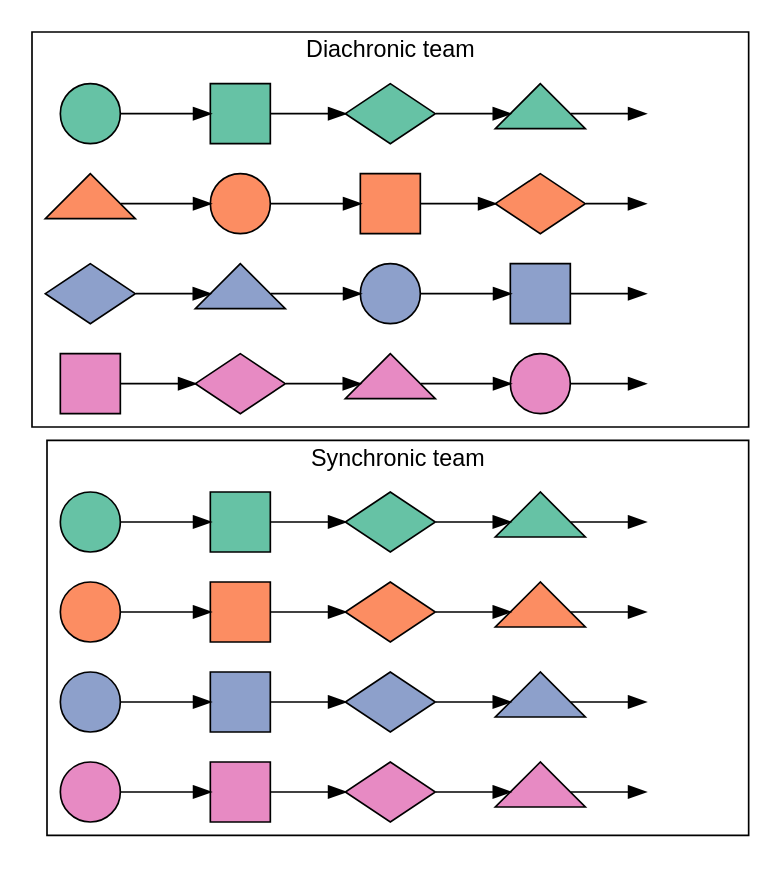
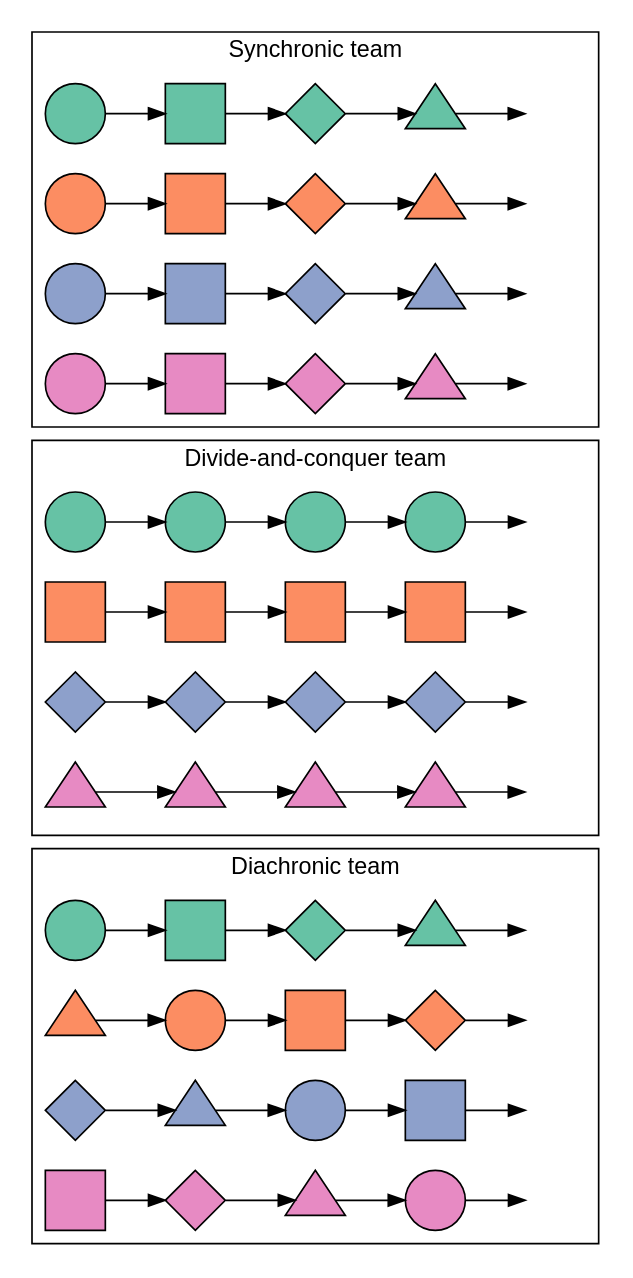
The diagram in evoteams/inst/extdata/multiple-projects.gv (pedmiston/diachronic-teams), drawn with Graphviz before and after one commit. The commit also changed 3 other files, not shown here.

Commit message:
Add third team structure, divide-and-conquer

```diff
--- a/evoteams/inst/extdata/multiple-projects.gv
+++ b/evoteams/inst/extdata/multiple-projects.gv
@@ -1,37 +1,48 @@
 digraph {
   fontname=helvetica;
-  node[fontname=helvetica; label=""; style=filled];
+  node[fontname=helvetica; label=""; style=filled; width=0.5];
   rankdir=LR;
+  
+  // Determine subgraph order
+  d1a, c1a, s1a;
 
   // Colors are people
-  s1a, s2a, s3a, s4a, d1a, d2a, d3a, d4a[fillcolor="#66C2A5"];
-  s1b, s2b, s3b, s4b, d1b, d2b, d3b, d4b[fillcolor="#FC8D62"];
-  s1c, s2c, s3c, s4c, d1c, d2c, d3c, d4c[fillcolor="#8DA0CB"];
-  s1d, s2d, s3d, s4d, d1d, d2d, d3d, d4d[fillcolor="#E78AC3"];
+  s1b, s2b, s3b, s4b, d1b, d2b, d3b, d4b, c1b, c2b, c3b, c4b[fillcolor="#FC8D62"];
+  s1a, s2a, s3a, s4a, d1a, d2a, d3a, d4a, c1a, c2a, c3a, c4a[fillcolor="#66C2A5"];
+  s1c, s2c, s3c, s4c, d1c, d2c, d3c, d4c, c1c, c2c, c3c, c4c[fillcolor="#8DA0CB"];
+  s1d, s2d, s3d, s4d, d1d, d2d, d3d, d4d, c1d, c2d, c3d, c4d[fillcolor="#E78AC3"];
   
   // Shapes are projects
-  s1a, s1b, s1c, s1d, d1a, d2b, d3c, d4d[shape=circle];
-  s2a, s2b, s2c, s2d, d1d, d2a, d3b, d4c[shape=square];
-  s3a, s3b, s3c, s3d, d1c, d2d, d3a, d4b[shape=diamond];
-  s4a, s4b, s4c, s4d, d1b, d2c, d3d, d4a[shape=triangle];
+  s1a, s1b, s1c, s1d, d1a, d2b, d3c, d4d, c1a, c2a, c3a, c4a[shape=circle];
+  s2a, s2b, s2c, s2d, d1d, d2a, d3b, d4c, c1b, c2b, c3b, c4b[shape=square];
+  s3a, s3b, s3c, s3d, d1c, d2d, d3a, d4b, c1c, c2c, c3c, c4c[shape=diamond];
+  s4a, s4b, s4c, s4d, d1b, d2c, d3d, d4a, c1d, c2d, c3d, c4d[shape=triangle];
   
   // Invisible last nodes
-  sinv1, sinv2, sinv3, sinv4, dinv1, dinv2, dinv3, dinv4[style=invis];
+  sinv1, sinv2, sinv3, sinv4, dinv1, dinv2, dinv3, dinv4, cinv1, cinv2, cinv3, cinv4[style=invis];
   
   subgraph cluster0 {
     label="Synchronic team";
     s1a -> s2a -> s3a -> s4a -> sinv1;
     s1b -> s2b -> s3b -> s4b -> sinv2;
     s1c -> s2c -> s3c -> s4c -> sinv3;
     s1d -> s2d -> s3d -> s4d -> sinv4;
   }
 
   subgraph cluster1 {
     label="Diachronic team";
     d1a -> d2a -> d3a -> d4a -> dinv1;
     d1b -> d2b -> d3b -> d4b -> dinv2;
     d1c -> d2c -> d3c -> d4c -> dinv3;
     d1d -> d2d -> d3d -> d4d -> dinv4;
   }
-
+  
+  subgraph cluster2 {
+    label="Divide-and-conquer team";
+    c1a -> c2a -> c3a -> c4a -> cinv1;
+    c1b -> c2b -> c3b -> c4b -> cinv2;
+    c1c -> c2c -> c3c -> c4c -> cinv3;
+    c1d -> c2d -> c3d -> c4d -> cinv4;
+  }
+  
 }
```
